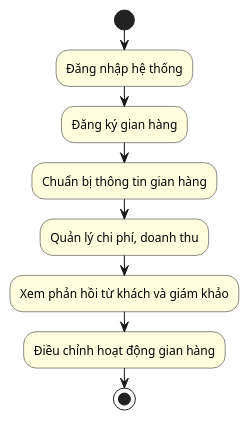
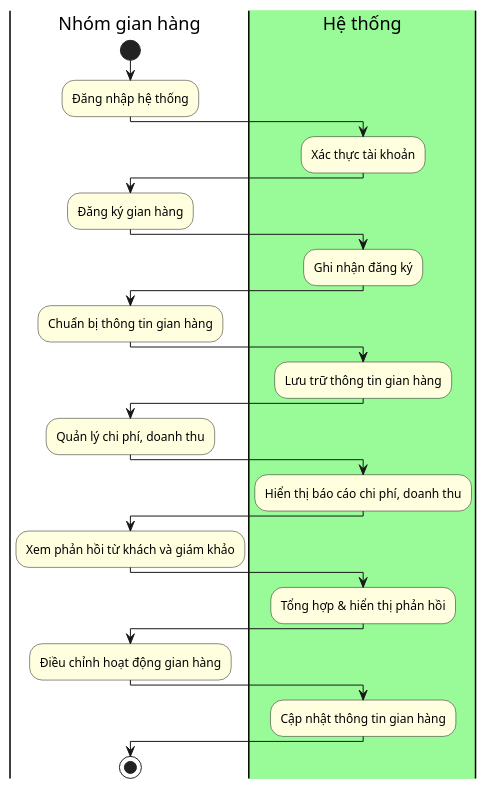
One commit to DavidSatoh/CNPM-school-food-festivals changed diagram 11 of 14 in README.md. Above: the diagram before and after it, drawn with PlantUML. The commit also changed other lines of this file, not shown here.

````diff
--- a/README.md
+++ b/README.md
@@ -557,17 +572,36 @@
 ```plantuml
-@startuml
+@startuml "Quy trình của Nhóm gian hàng"
+
 skinparam activity {
     BackgroundColor LightYellow
 }
 
 |Nhóm gian hàng|
 start
 :Đăng nhập hệ thống;
+|#palegreen|Hệ thống|
+:Xác thực tài khoản;
+|Nhóm gian hàng|
 :Đăng ký gian hàng;
+|Hệ thống|
+:Ghi nhận đăng ký;
+|Nhóm gian hàng|
 :Chuẩn bị thông tin gian hàng;
+|Hệ thống|
+:Lưu trữ thông tin gian hàng;
+|Nhóm gian hàng|
 :Quản lý chi phí, doanh thu;
+|Hệ thống|
+:Hiển thị báo cáo chi phí, doanh thu;
+|Nhóm gian hàng|
 :Xem phản hồi từ khách và giám khảo;
+|Hệ thống|
+:Tổng hợp & hiển thị phản hồi;
+|Nhóm gian hàng|
 :Điều chỉnh hoạt động gian hàng;
+|Hệ thống|
+:Cập nhật thông tin gian hàng;
+|Nhóm gian hàng|
 stop
 @enduml
 ```
````
